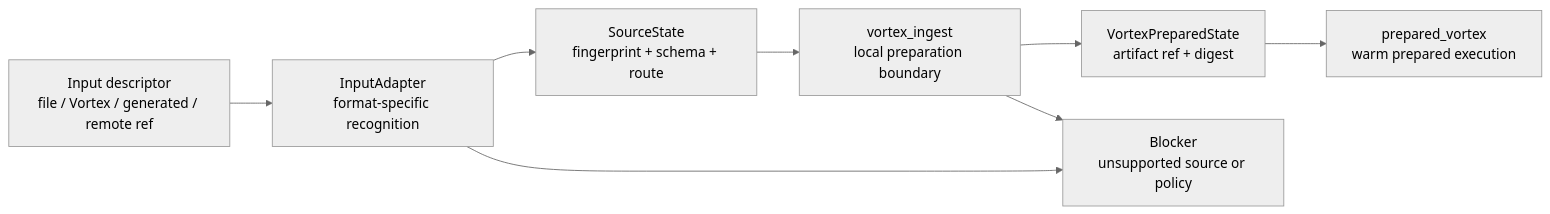
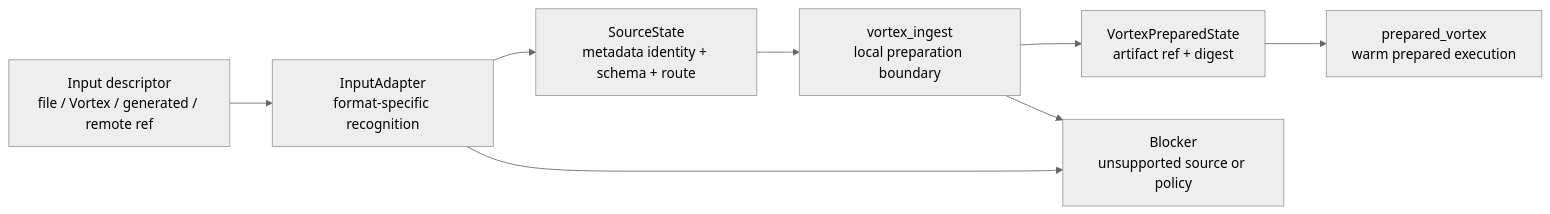
One commit to depsilon/shardloom changed the third of 8 diagrams in docs/architecture/compute-engine-flow-reference.md. Above: the diagram before and after it, drawn with Mermaid (neutral theme). The commit also changed other lines of this file and 9 other files, not shown here.

Commit message:
Make source fingerprint proof opt-in

````diff
--- a/docs/architecture/compute-engine-flow-reference.md
+++ b/docs/architecture/compute-engine-flow-reference.md
@@ -550,14 +551,14 @@
 ```mermaid
 flowchart LR
     INPUT["Input descriptor<br/>file / Vortex / generated / remote ref"]
     ADAPTER["InputAdapter<br/>format-specific recognition"]
-    SOURCE["SourceState<br/>fingerprint + schema + route"]
+    SOURCE["SourceState<br/>metadata identity + schema + route"]
     INGEST["vortex_ingest<br/>local preparation boundary"]
     PREPARED["VortexPreparedState<br/>artifact ref + digest"]
     PREPARED_ROUTE["prepared_vortex<br/>warm prepared execution"]
     BLOCK["Blocker<br/>unsupported source or policy"]
 
     INPUT --> ADAPTER --> SOURCE --> INGEST --> PREPARED --> PREPARED_ROUTE
     ADAPTER --> BLOCK
     INGEST --> BLOCK
 ```
````
